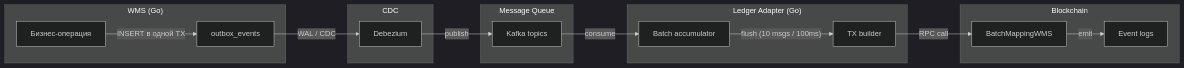
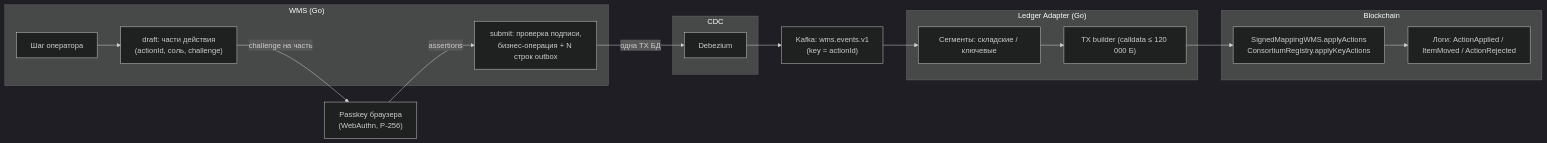
The diagram in docs/integration/blockchain-mapping.md (oglenyaboss/avalanche-wms), drawn with Mermaid (dark theme) before and after one commit. The commit also changed other lines of this file and 8 other files, not shown here.

````diff
--- a/docs/integration/blockchain-mapping.md
+++ b/docs/integration/blockchain-mapping.md
@@ -12,33 +13,34 @@
 ```mermaid
 flowchart LR
     subgraph WMS["WMS (Go)"]
-        OP["Бизнес-операция"]
-        OB["outbox_events"]
+        OP["Шаг оператора"]
+        DR["draft: части действия<br/>(actionId, соль, challenge)"]
+        SUB["submit: проверка подписи,<br/>бизнес-операция + N строк outbox"]
     end
+    PK["Passkey браузера<br/>(WebAuthn, P-256)"]
 
     subgraph CDC["CDC"]
         DZ["Debezium"]
     end
-
-    subgraph MQ["Message Queue"]
-        KF["Kafka topics"]
-    end
+    KF["Kafka: wms.events.v1<br/>(key = actionId)"]
 
     subgraph LA["Ledger Adapter (Go)"]
-        BATCH["Batch accumulator"]
-        TX["TX builder"]
+        SEG["Сегменты: складские / ключевые"]
+        TX["TX builder (calldata ≤ 120 000 Б)"]
     end
 
     subgraph BC["Blockchain"]
-        SC["BatchMappingWMS"]
-        LOG["Event logs"]
+        SC["SignedMappingWMS.applyActions<br/>ConsortiumRegistry.applyKeyActions"]
+        LOG["Логи: ActionApplied / ItemMoved / ActionRejected"]
     end
 
-    OP -->|"INSERT в одной TX"| OB
-    OB -->|"WAL / CDC"| DZ
-    DZ -->|"publish"| KF
-    KF -->|"consume"| BATCH
-    BATCH -->|"flush (10 msgs / 100ms)"| TX
-    TX -->|"RPC call"| SC
-    SC -->|"emit"| LOG
+    OP --> DR
+    DR -->|"challenge на часть"| PK
+    PK -->|"assertions"| SUB
+    SUB -->|"одна TX БД"| DZ
+    DZ --> KF
+    KF --> SEG
+    SEG --> TX
+    TX --> SC
+    SC --> LOG
 ```
````
